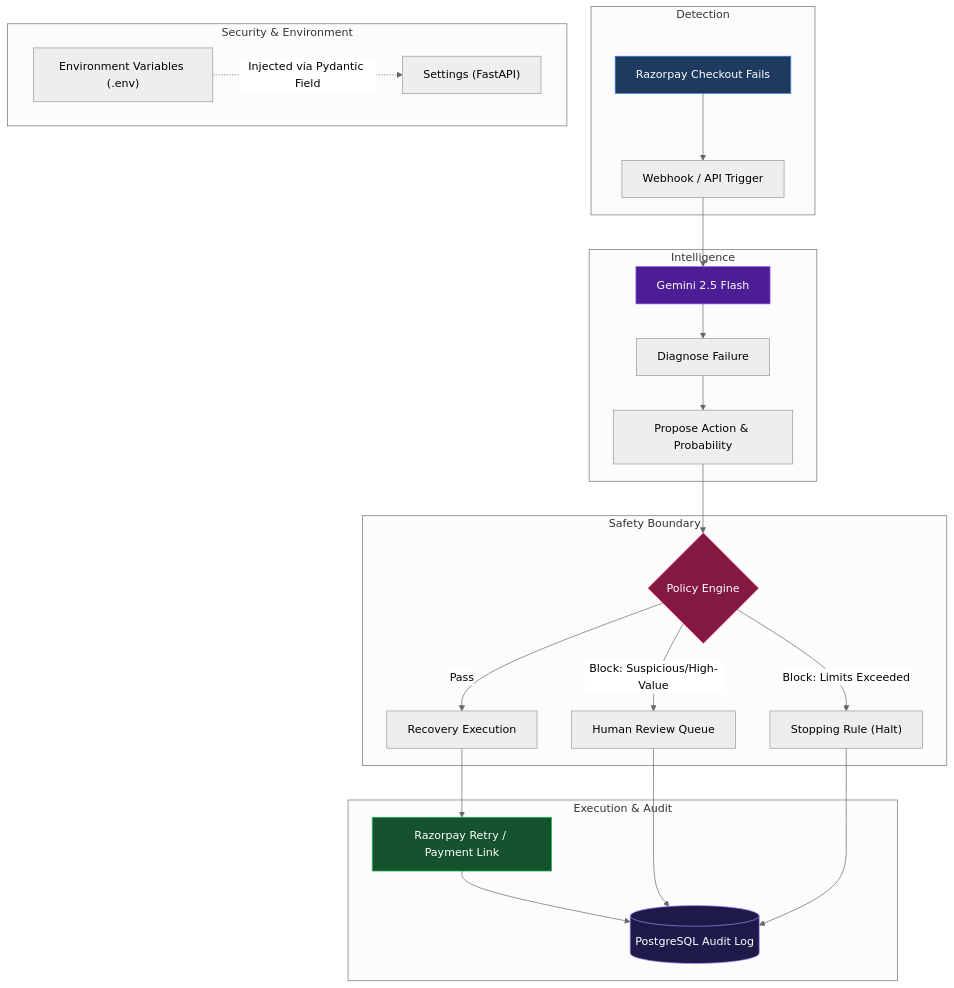
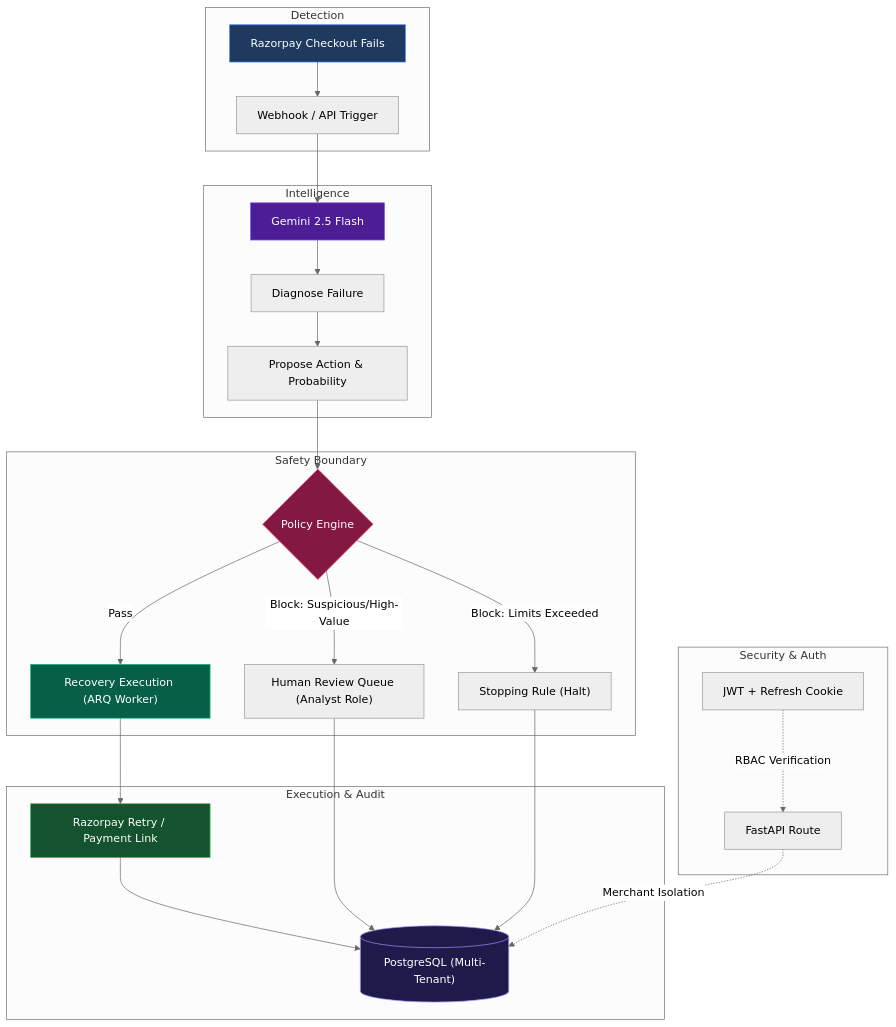
The diagram in docs/ARCHITECTURE.md (himanshusinghhls/razorpay-recovery-os), drawn with Mermaid (neutral theme) before and after one commit. The commit also changed other lines of this file and 40 other files, not shown here.

Commit message:
docs: update ARCHITECTURE.md to reflect multi-tenancy, ARQ workers, and RBAC

````diff
--- a/docs/ARCHITECTURE.md
+++ b/docs/ARCHITECTURE.md
@@ -12,36 +12,38 @@
 ```mermaid
 flowchart TB
     subgraph Detection
       A["Razorpay Checkout Fails"] --> B["Webhook / API Trigger"]
     end
 
     subgraph Intelligence
       B --> C["Gemini 2.5 Flash"]
       C --> D["Diagnose Failure"]
       D --> E["Propose Action & Probability"]
     end
 
     subgraph Safety Boundary
       E --> F{"Policy Engine"}
-      F -->|"Pass"| G["Recovery Execution"]
-      F -->|"Block: Suspicious/High-Value"| H["Human Review Queue"]
+      F -->|"Pass"| G["Recovery Execution (ARQ Worker)"]
+      F -->|"Block: Suspicious/High-Value"| H["Human Review Queue (Analyst Role)"]
       F -->|"Block: Limits Exceeded"| I["Stopping Rule (Halt)"]
     end
 
     subgraph Execution & Audit
       G --> J["Razorpay Retry / Payment Link"]
-      J --> K[("PostgreSQL Audit Log")]
+      J --> K[("PostgreSQL (Multi-Tenant)")]
       H --> K
       I --> K
     end
 
-    subgraph Security & Environment
-      L["Environment Variables (.env)"] -.->|Injected via Pydantic Field| M["Settings (FastAPI)"]
+    subgraph Security & Auth
+      L["JWT + Refresh Cookie"] -.->|RBAC Verification| M["FastAPI Route"]
+      M -.->|Merchant Isolation| K
     end
 
     style A fill:#1e3a5f,stroke:#3b82f6,color:#fff
     style C fill:#4c1d95,stroke:#8b5cf6,color:#fff
     style F fill:#831843,stroke:#f43f5e,color:#fff
+    style G fill:#065f46,stroke:#10b981,color:#fff
     style J fill:#14532d,stroke:#22c55e,color:#fff
     style K fill:#1e1b4b,stroke:#a78bfa,color:#fff
 ```
````
